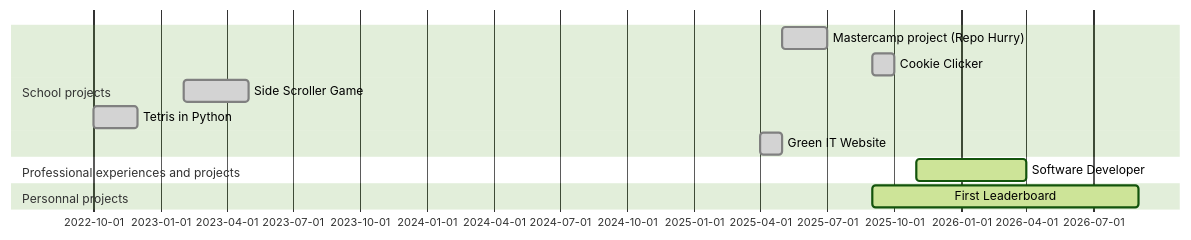
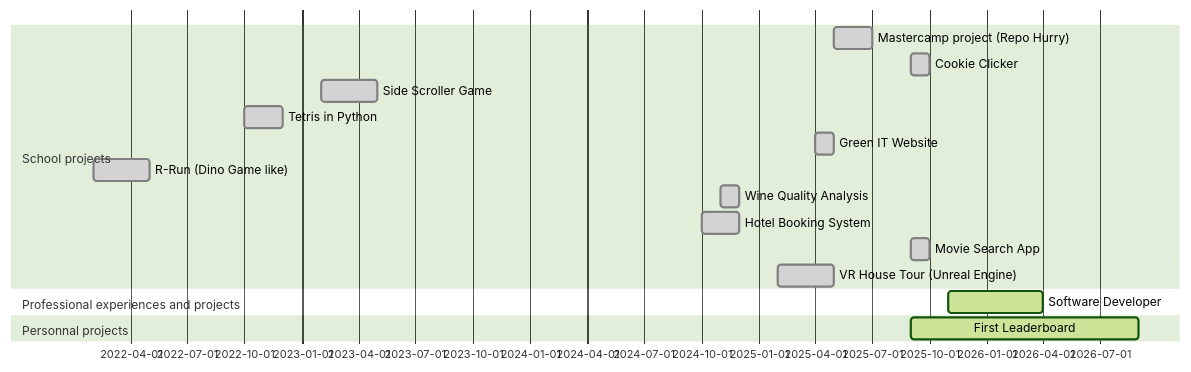
Before and after one commit to Rowuni/Rowuni: the diagram in Readme.md, drawn with Mermaid (forest theme).

Commit message:
Updated roadmap

````diff
--- a/Readme.md
+++ b/Readme.md
@@ -183,14 +183,19 @@
 ```mermaid
 gantt
     section School projects
     Mastercamp project (Repo Hurry)       :done, 2025-05, 2025-07
     Cookie Clicker         :done, 2025-09, 2025-10
     Side Scroller Game       :done, 2023-02, 2023-05
     Tetris in Python       :done, 2022-10, 2022-12
     Green IT Website       :done, 2025-04, 2025-05
+    R-Run (Dino Game like)       :done, 2022-02, 2022-05
+    Wine Quality Analysis       :done, 2024-11, 2024-12
+    Hotel Booking System       :done, 2024-10, 2024-12
+    Movie Search App       :done, 2025-09, 2025-10
+    VR House Tour (Unreal Engine)       :done, 2025-02, 2025-05
     dateFormat  YYYY-MM
     section Professional experiences and projects
     Software Developer           :active, 2025-11, 2026-04
     section Personnal projects
     First Leaderboard       :active, 2025-09, 2026-09
 ```
````
